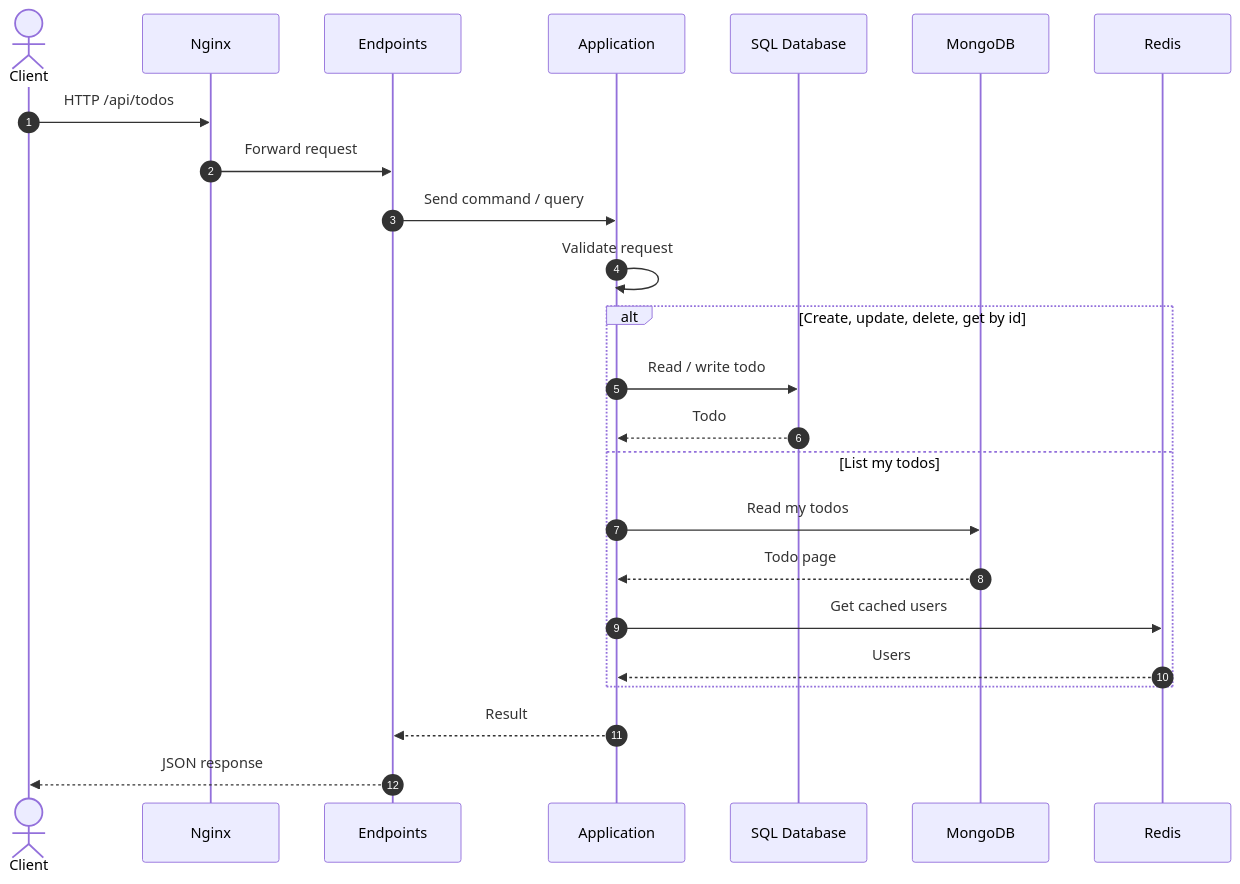
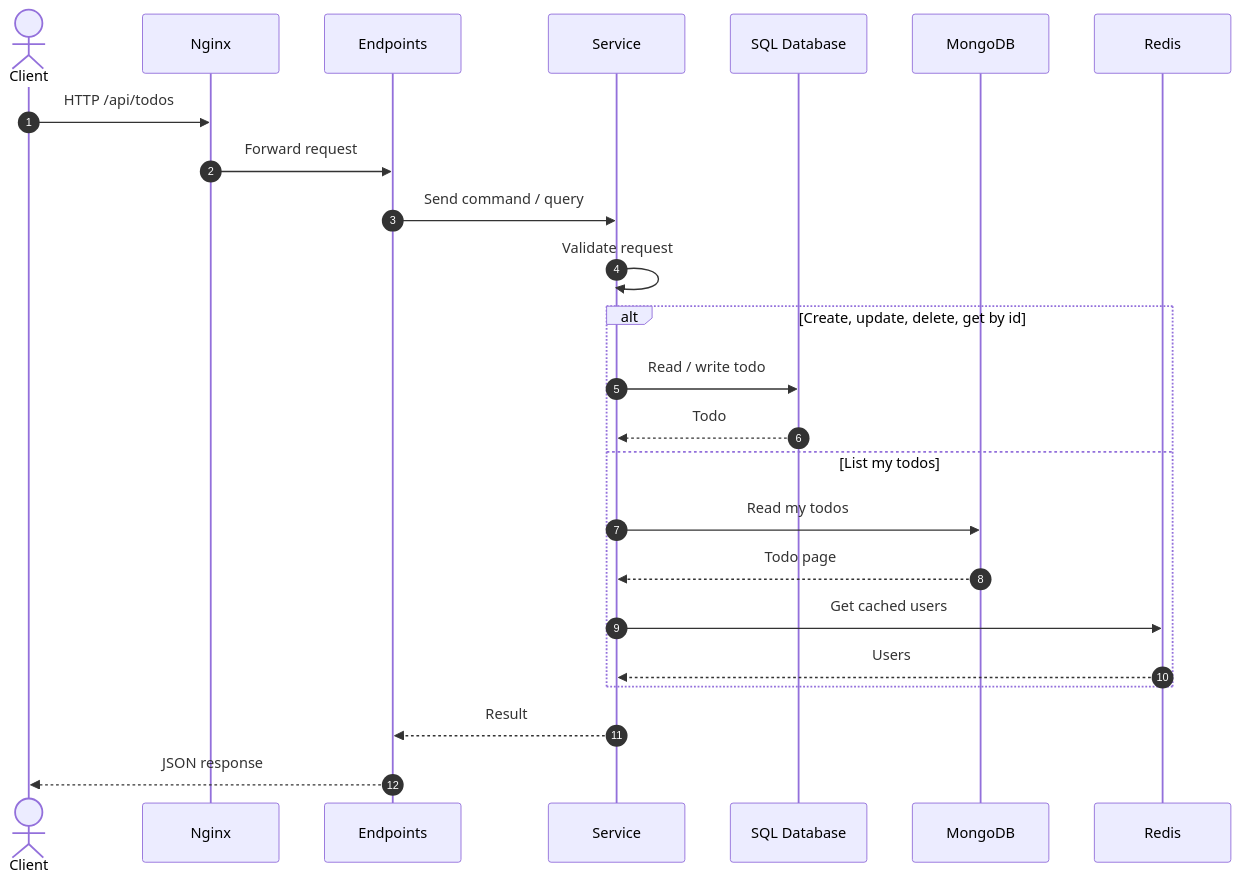
The first of 2 diagrams in README.md (p3t3r276/todolist-net8-fastendpoint), drawn with Mermaid before and after one commit. The commit also changed other lines of this file and 2 other files, not shown here.

Commit message:
docs: rename overview components and rewire Repository arrows
Rename Application to Service and Persistence to Repository, wire the
Repository arrows as in docs/Architecture.drawio, list Identity tables first
in the SQL database, and drop the example table names.

Claude-Session: https://claude.ai/code/session_01MJLC9h6yEsZE7uxa8McSpp

````diff
--- a/README.md
+++ b/README.md
@@ -37,27 +37,27 @@
 ```mermaid
 sequenceDiagram
     autonumber
     actor C as Client
     participant N as Nginx
     participant E as Endpoints
-    participant A as Application
+    participant A as Service
     participant S as SQL Database
     participant M as MongoDB
     participant R as Redis
 
     C->>N: HTTP /api/todos
     N->>E: Forward request
     E->>A: Send command / query
     A->>A: Validate request
     alt Create, update, delete, get by id
         A->>S: Read / write todo
         S-->>A: Todo
     else List my todos
         A->>M: Read my todos
         M-->>A: Todo page
         A->>R: Get cached users
         R-->>A: Users
     end
     A-->>E: Result
     E-->>C: JSON response
 ```
````
